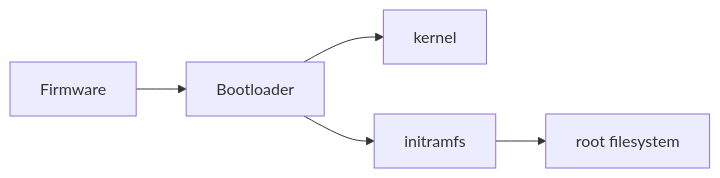
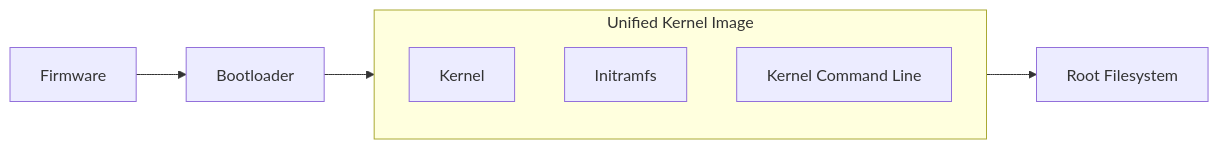
Before and after one commit to edgelesssys/constellation: the diagram in docs/docs/architecture/images.md, drawn with Mermaid. The commit also changed other lines of this file and 2 other files, not shown here.

Commit message:
docs: Updates for transition CoreOS -> mkosi / Fedora

````diff
--- a/docs/docs/architecture/images.md
+++ b/docs/docs/architecture/images.md
@@ -8,7 +8,11 @@
 ```mermaid
 flowchart LR
   Firmware   --> Bootloader
-  Bootloader --> kernel
-  Bootloader --> initramfs
-  initramfs  --> rootfs[root filesystem]
+  Bootloader --> uki
+  subgraph uki[Unified Kernel Image]
+  Kernel[Kernel]
+  initramfs[Initramfs]
+  cmdline[Kernel Command Line]
+  end
+  uki --> rootfs[Root Filesystem]
 ```
````
